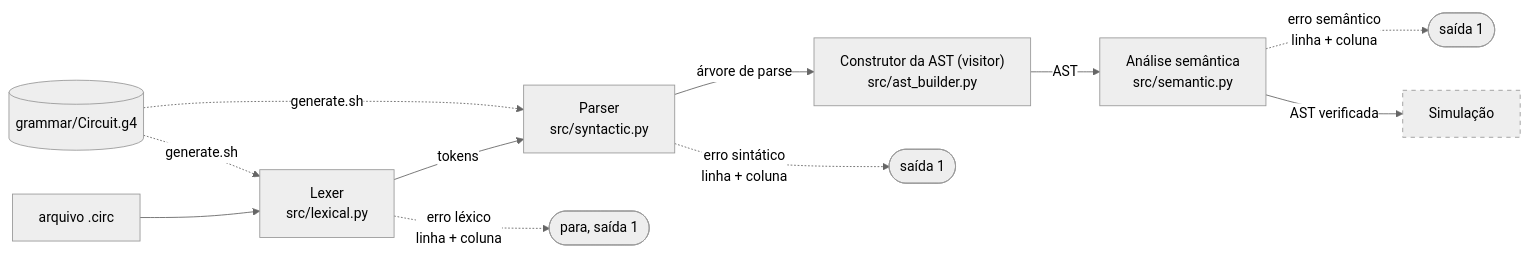
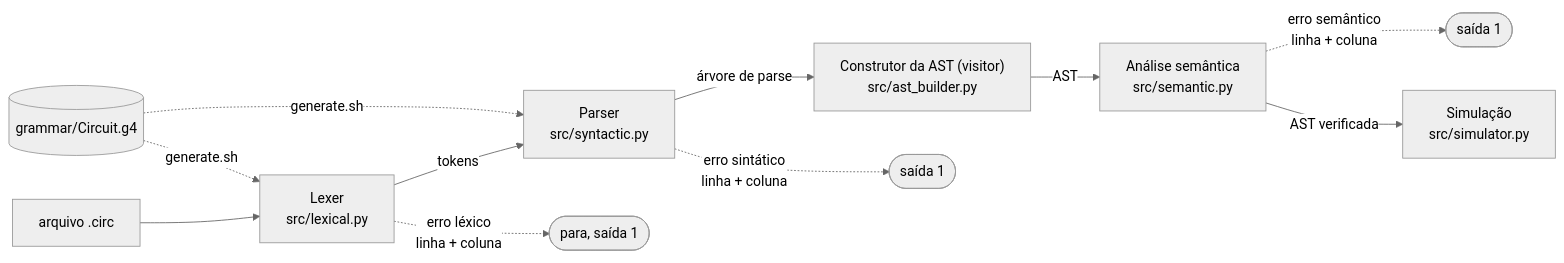
Before and after one commit to Luckleal/circuito-lang: the diagram in README.pt-BR.md, drawn with Mermaid (neutral theme). The commit also changed other lines of this file and 2 other files, not shown here.

````diff
--- a/README.pt-BR.md
+++ b/README.pt-BR.md
@@ -133,15 +134,13 @@
 ```mermaid
 flowchart LR
     A["arquivo .circ"] --> B["Lexer<br/>src/lexical.py"]
     B -- "tokens" --> C["Parser<br/>src/syntactic.py"]
     B -. "erro léxico<br/>linha + coluna" .-> E1(["para, saída 1"])
     C -- "árvore de parse" --> V["Construtor da AST (visitor)<br/>src/ast_builder.py"]
     V -- "AST" --> D["Análise semântica<br/>src/semantic.py"]
     C -. "erro sintático<br/>linha + coluna" .-> E2(["saída 1"])
     D -. "erro semântico<br/>linha + coluna" .-> E3(["saída 1"])
-    D -- "AST verificada" --> F["Simulação"]
+    D -- "AST verificada" --> F["Simulação<br/>src/simulator.py"]
     G[("grammar/Circuit.g4")] -. "generate.sh" .-> B
     G -. "generate.sh" .-> C
-    classDef todo stroke-dasharray: 5 5
-    class F todo
 ```
````
